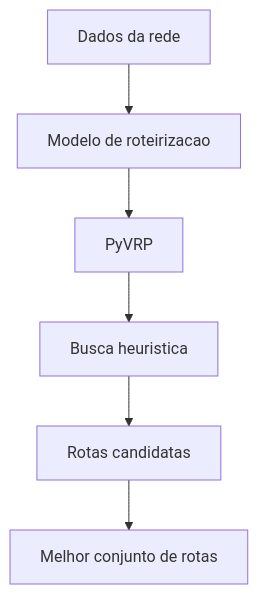
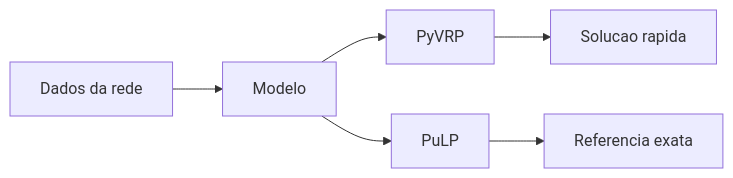
One commit to ThiagoBibiano/aredes-roteirizacao-numerario changed the diagram in docs/apresentacao/04-tecnologia-solucao.md. Above: the diagram before and after it, drawn with Mermaid. The commit also changed other lines of this file and 16 other files, not shown here.

````diff
--- a/docs/apresentacao/04-tecnologia-solucao.md
+++ b/docs/apresentacao/04-tecnologia-solucao.md
@@ -122,8 +34,8 @@
 ```mermaid
-flowchart TD
-    A[Dados da rede] --> B[Modelo de roteirizacao]
+flowchart LR
+    A[Dados da rede] --> B[Modelo]
     B --> C[PyVRP]
-    C --> D[Busca heuristica]
-    D --> E[Rotas candidatas]
-    E --> F[Melhor conjunto de rotas]
+    B --> D[PuLP]
+    C --> E[Solucao rapida]
+    D --> F[Referencia exata]
 ```
````
